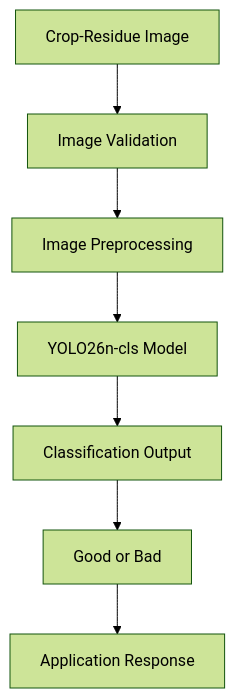
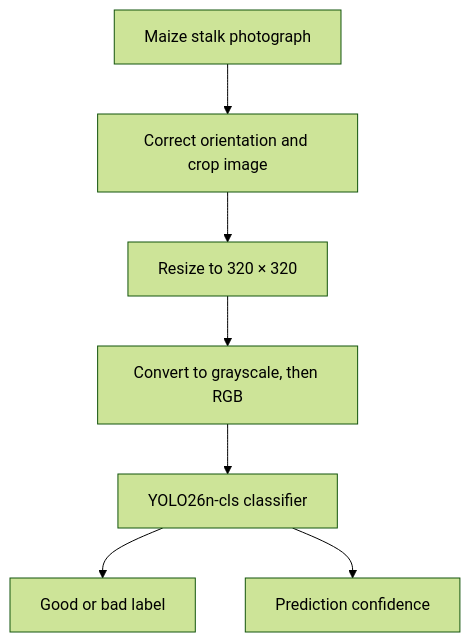
Before and after one commit to akirachix/techelle-technical-documentation: the first of 2 diagrams in docs/ai/index.md, drawn with Mermaid (forest theme). The commit also changed other lines of this file and 1 other file, not shown here.

````diff
--- a/docs/ai/index.md
+++ b/docs/ai/index.md
@@ -59,17 +27,9 @@
 ```mermaid
 flowchart TD
-    A["Crop-Residue Image"]
-    B["Image Validation"]
-    C["Image Preprocessing"]
-    D["YOLO26n-cls Model"]
-    E["Classification Output"]
-    F["Good or Bad"]
-    G["Application Response"]
-
-    A --> B
-    B --> C
-    C --> D
-    D --> E
-    E --> F
-    F --> G
+    A[Maize stalk photograph] --> B[Correct orientation and crop image]
+    B --> C[Resize to 320 × 320]
+    C --> D[Convert to grayscale, then RGB]
+    D --> E[YOLO26n-cls classifier]
+    E --> F[Good or bad label]
+    E --> G[Prediction confidence]
 ```
````
